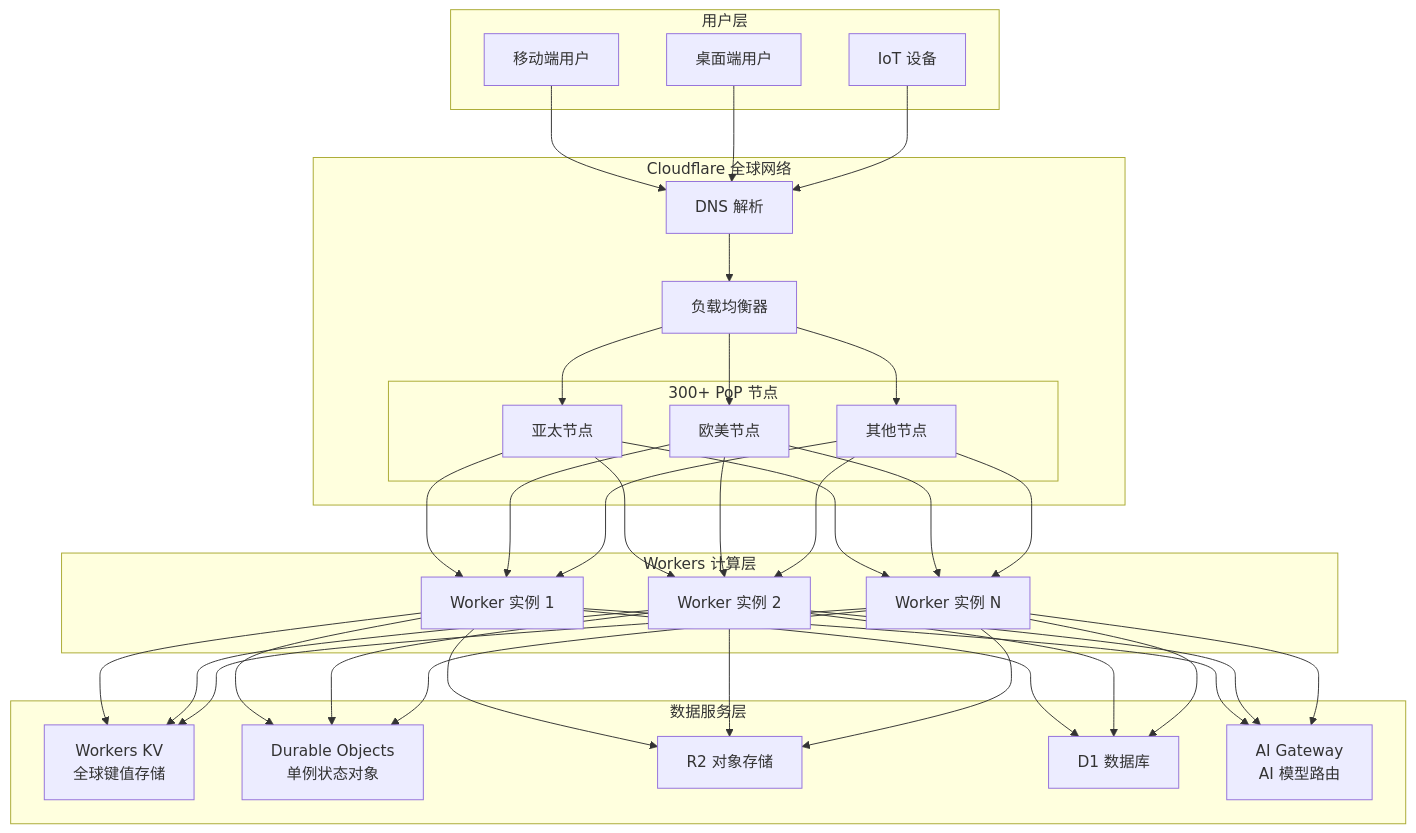
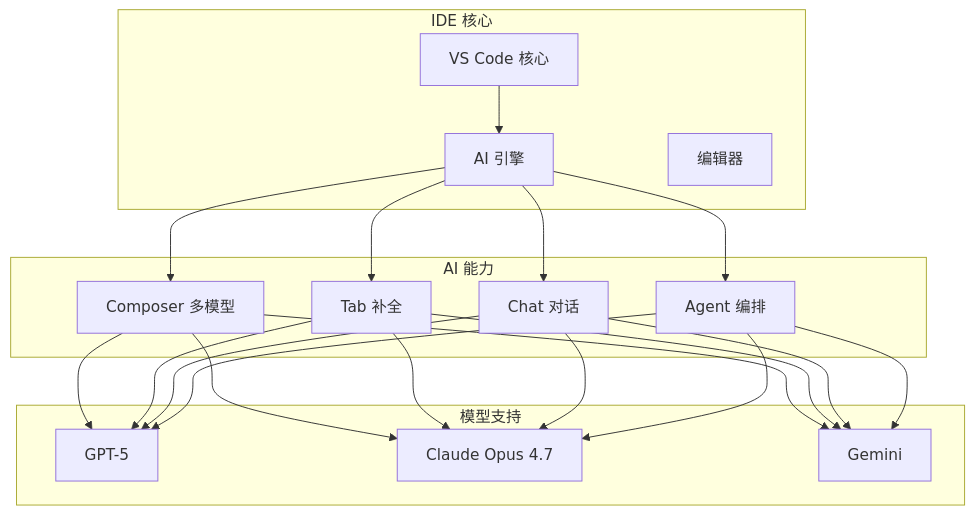
The first of 21 diagrams in docs/open-source/trending.md (Shyu-x/frontend-interview), drawn with Mermaid before and after one commit. The commit also changed other lines of this file, not shown here.

````diff
--- a/docs/open-source/trending.md
+++ b/docs/open-source/trending.md
@@ -44,38 +162,24 @@
 ```mermaid
 flowchart TB
-    subgraph 用户层["用户层"]
-        U1[移动端用户]
-        U2[桌面端用户]
-        U3[IoT 设备]
+    subgraph IDE层["IDE 核心"]
+        VS[VS Code 核心]
+        AI[AI 引擎]
+        ED[编辑器]
     end
 
-    subgraph 全球网络["Cloudflare 全球网络"]
-        DNS[DNS 解析]
-        LB[负载均衡器]
-        subgraph PoPs["300+ PoP 节点"]
-            P1[亚太节点]
-            P2[欧美节点]
-            P3[其他节点]
-        end
+    subgraph AI层["AI 能力"]
+        CM[Composer 多模型]
+        CT[Tab 补全]
+        CC[Chat 对话]
+        AG[Agent 编排]
     end
 
-    subgraph 计算层["Workers 计算层"]
-        W1[Worker 实例 1]
-        W2[Worker 实例 2]
-        W3[Worker 实例 N]
+    subgraph 模型层["模型支持"]
+        GPT[GPT-5]
+        OPUS[Claude Opus 4.7]
+        GEM[Gemini]
     end
 
-    subgraph 数据层["数据服务层"]
-        KV[Workers KV<br/>全球键值存储]
-        DO[Durable Objects<br/>单例状态对象]
-        R2[R2 对象存储]
-        D1[D1 数据库]
-        AI[AI Gateway<br/>AI 模型路由]
-    end
-
-    U1 & U2 & U3 --> DNS
-    DNS --> LB
-    LB --> P1 & P2 & P3
-    P1 & P2 & P3 --> W1 & W2 & W3
-    W1 & W2 & W3 --> KV & DO & R2 & D1 & AI
+    VS --> AI --> CM & CT & CC & AG
+    CM & CT & CC & AG --> GPT & OPUS & GEM
 ```
````
